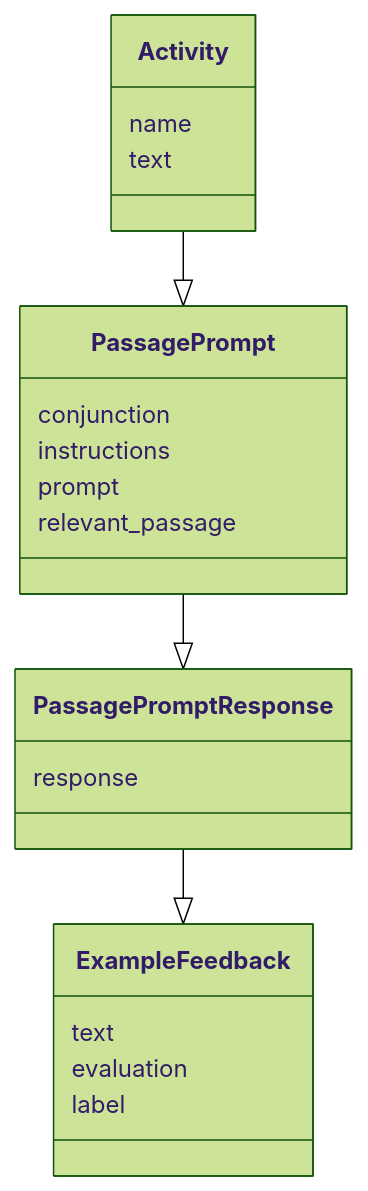
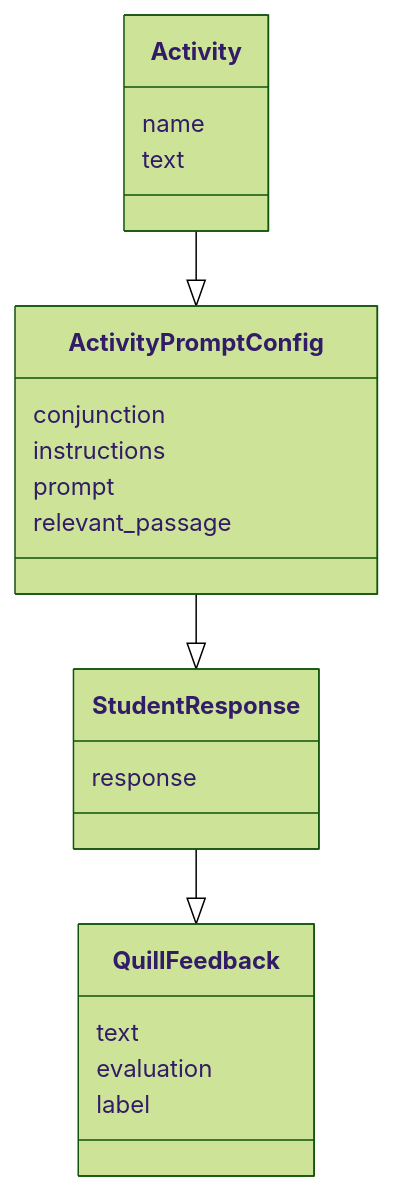
The first of 3 diagrams in services/QuillLMS/engines/evidence/app/models/evidence/research/readme.md (empirical-org/Empirical-Core), drawn with Mermaid (forest theme) before and after one commit. The commit also changed other lines of this file and 86 other files, not shown here.

First line of the commit message:
Rename ExampleFeedback to QuillFeedback (#11891)

````diff
--- a/services/QuillLMS/engines/evidence/app/models/evidence/research/readme.md
+++ b/services/QuillLMS/engines/evidence/app/models/evidence/research/readme.md
@@ -5,24 +5,24 @@
 ```mermaid
 classDiagram
     class Activity {
          name
          text
     }
-    class PassagePrompt {
+    class ActivityPromptConfig {
          conjunction
          instructions
          prompt
          relevant_passage
     }
-    class PassagePromptResponse {
+    class StudentResponse {
          response
     }
-    class ExampleFeedback {
+    class QuillFeedback {
          text
          evaluation
          label
     }
-    Activity --|> PassagePrompt
-    PassagePrompt --|> PassagePromptResponse
-    PassagePromptResponse --|> ExampleFeedback
+    Activity --|> ActivityPromptConfig
+    ActivityPromptConfig --|> StudentResponse
+    StudentResponse --|> QuillFeedback
 ```
````
